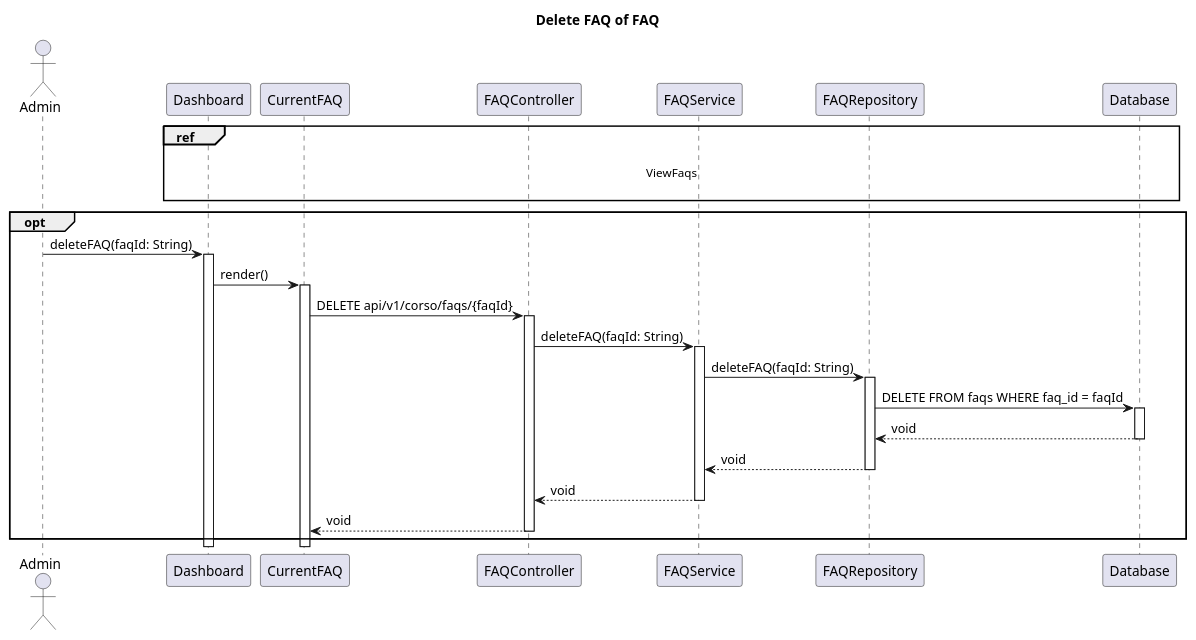
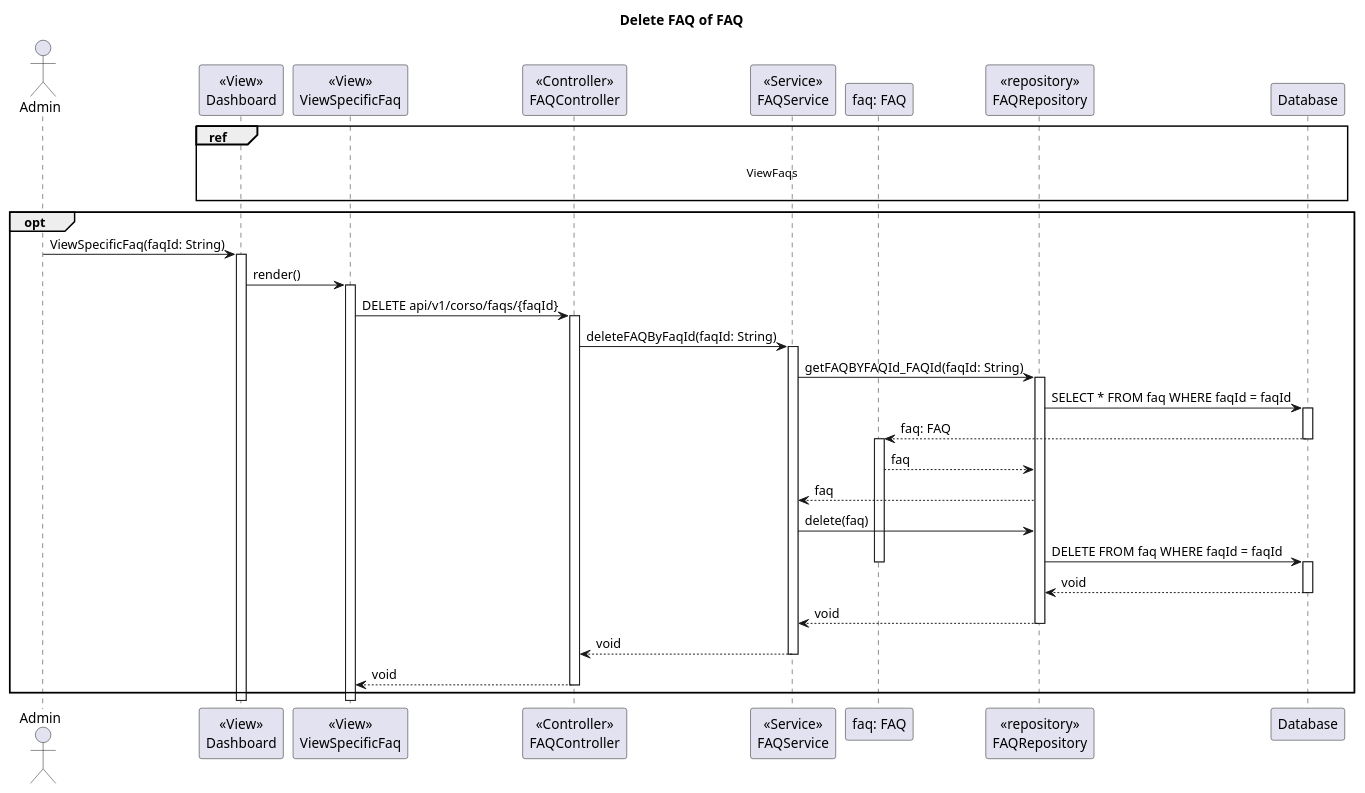
Before and after one commit to DylanBrass/Corso-Website: the diagram in Diagrams/LLSD/FAQs/DeleteFaq.puml, drawn with PlantUML. The commit also changed 22 other files, not shown here.

```diff
--- a/Diagrams/LLSD/FAQs/DeleteFaq.puml
+++ b/Diagrams/LLSD/FAQs/DeleteFaq.puml
@@ -1,51 +1,68 @@
 @startuml
 title Delete FAQ of FAQ
 
 actor Admin
 
-participant "Dashboard" as Dashboard
-participant "CurrentFAQ" as CurrentFAQ
-participant "FAQController" as FAQController
-participant "FAQService" as FAQService
-participant "FAQRepository" as FAQRepository
+participant "<<View>>\nDashboard" as Dashboard
+participant "<<View>>\nViewSpecificFaq" as CurrentFAQ
+participant "<<Controller>>\nFAQController" as FAQController
+participant "<<Service>>\nFAQService" as FAQService
+participant FAQ as "faq: FAQ"
+participant "<<repository>>\nFAQRepository" as FAQRepository
 participant "Database" as Db
 
 ref over Dashboard, CurrentFAQ, FAQController, FAQService, FAQRepository, Db
 
     ViewFaqs
 
 end
 
 
 opt
-Admin -> Dashboard: deleteFAQ(faqId: String)
+Admin -> Dashboard: ViewSpecificFaq(faqId: String)
 activate Dashboard
 
 Dashboard -> CurrentFAQ: render()
 activate CurrentFAQ
 
 CurrentFAQ -> FAQController: DELETE api/v1/corso/faqs/{faqId}
 activate FAQController
 
-FAQController -> FAQService: deleteFAQ(faqId: String)
+FAQController -> FAQService: deleteFAQByFaqId(faqId: String)
 activate FAQService
 
-FAQService -> FAQRepository: deleteFAQ(faqId: String)
+FAQService -> FAQRepository: getFAQBYFAQId_FAQId(faqId: String)
+
 activate FAQRepository
 
-FAQRepository -> Db: DELETE FROM faqs WHERE faq_id = faqId
+FAQRepository -> Db: SELECT * FROM faq WHERE faqId = faqId
+
+activate Db
+
+Db --> FAQ : faq: FAQ
+deactivate Db
+
+activate FAQ
+FAQ --> FAQRepository: faq
+
+FAQRepository --> FAQService: faq
+
+FAQService -> FAQRepository: delete(faq)
+
+FAQRepository -> Db: DELETE FROM faq WHERE faqId = faqId
+deactivate FAQ
 activate Db
 
 Db --> FAQRepository: void
 deactivate Db
 
 FAQRepository --> FAQService: void
 deactivate FAQRepository
 
 FAQService --> FAQController: void
 deactivate FAQService
 
 FAQController --> CurrentFAQ: void
 deactivate FAQController
 end
 @enduml
```
